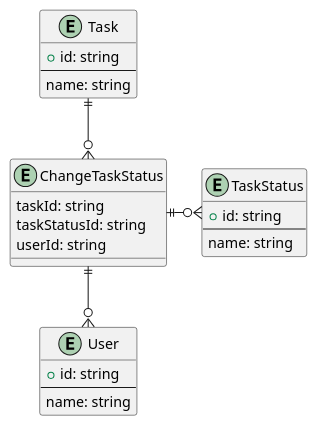
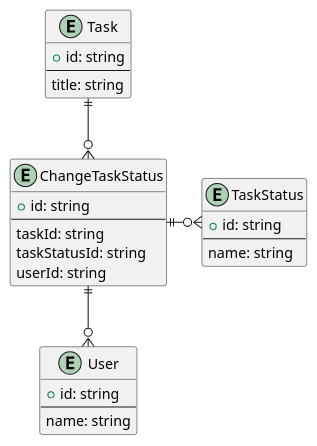
The first of 2 diagrams in 09_高速MVP開発/03_Firestoreを使ってリレーショナルDB以外にも慣れる/03_Firestoreを使ってリレーショナルDB以外にも慣れる.md (sushidesu/prahachallenge), drawn with PlantUML before and after one commit. The commit also changed other lines of this file and 9 other files, not shown here.

````diff
--- a/09_高速MVP開発/03_Firestoreを使ってリレーショナルDB以外にも慣れる/03_Firestoreを使ってリレーショナルDB以外にも慣れる.md
+++ b/09_高速MVP開発/03_Firestoreを使ってリレーショナルDB以外にも慣れる/03_Firestoreを使ってリレーショナルDB以外にも慣れる.md
@@ -24,29 +28,31 @@
 ```plantuml
 entity Task {
   + id: string
   --
-  name: string
+  title: string
 }
 
 entity User {
   + id: string
   --
   name: string
 }
 
 entity TaskStatus {
   + id: string
   --
   name: string
 }
 
 entity ChangeTaskStatus {
+  + id: string
+  --
   taskId: string
   taskStatusId: string
   userId: string
 }
 
 Task ||--o{ ChangeTaskStatus
 ChangeTaskStatus||--o{ User
 ChangeTaskStatus ||-o{ TaskStatus
 ```
````
